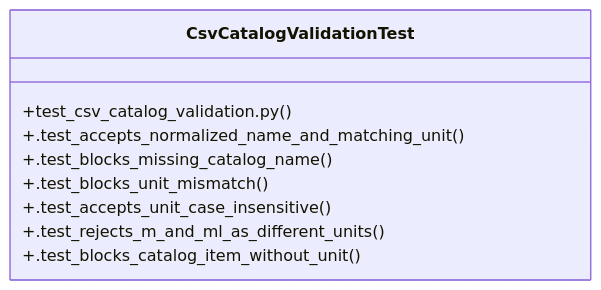
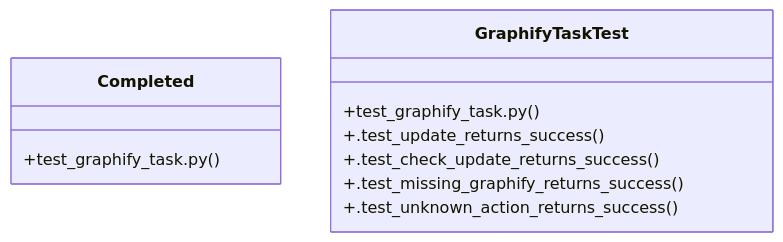
One commit to Daftrick/ProjectTracker changed the diagram in graphify-out/wiki/Community_29.md. Above: the diagram before and after it, drawn with Mermaid. The commit also changed other lines of this file and 465 other files, not shown here.

````diff
--- a/graphify-out/wiki/Community_29.md
+++ b/graphify-out/wiki/Community_29.md
@@ -24,12 +21,13 @@
 ```mermaid
 classDiagram
-    class CsvCatalogValidationTest {
-        +test_csv_catalog_validation.py()
-        +.test_accepts_normalized_name_and_matching_unit()
-        +.test_blocks_missing_catalog_name()
-        +.test_blocks_unit_mismatch()
-        +.test_accepts_unit_case_insensitive()
-        +.test_rejects_m_and_ml_as_different_units()
-        +.test_blocks_catalog_item_without_unit()
+    class Completed {
+        +test_graphify_task.py()
+    }
+    class GraphifyTaskTest {
+        +test_graphify_task.py()
+        +.test_update_returns_success()
+        +.test_check_update_returns_success()
+        +.test_missing_graphify_returns_success()
+        +.test_unknown_action_returns_success()
     }
 ```
````
